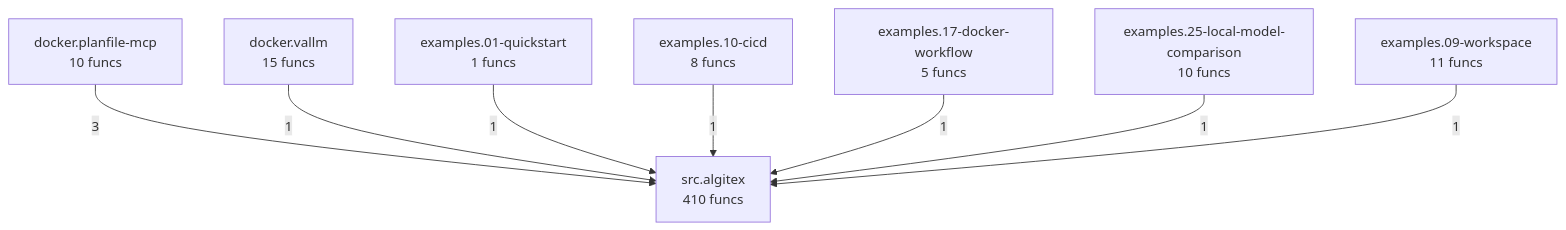
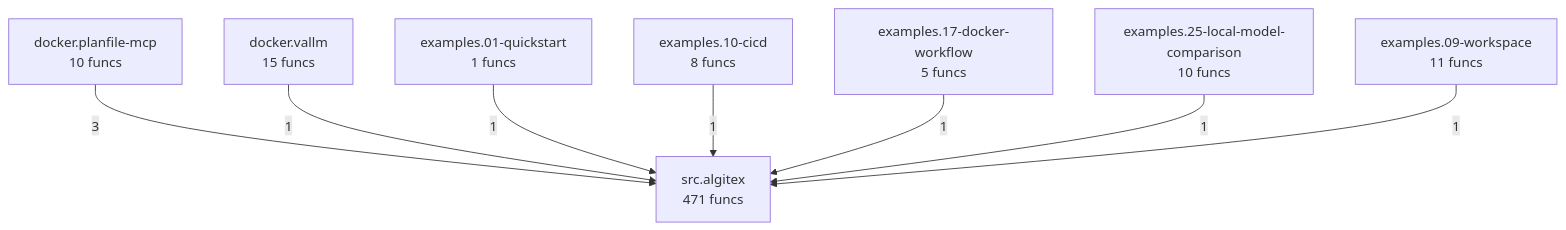
Before and after one commit to semcod/algitex: the diagram in project/compact_flow.mmd, drawn with Mermaid. The commit also changed 56 other files, not shown here.

```diff
--- a/project/compact_flow.mmd
+++ b/project/compact_flow.mmd
@@ -1,16 +1,16 @@
 flowchart TD
     docker__planfile_mcp["docker.planfile-mcp<br/>10 funcs"]
     docker__vallm["docker.vallm<br/>15 funcs"]
     examples__01_quickstart["examples.01-quickstart<br/>1 funcs"]
     examples__09_workspace["examples.09-workspace<br/>11 funcs"]
     examples__10_cicd["examples.10-cicd<br/>8 funcs"]
     examples__17_docker_workflow["examples.17-docker-workflow<br/>5 funcs"]
     examples__25_local_model_comparison["examples.25-local-model-comparison<br/>10 funcs"]
-    src__algitex["src.algitex<br/>410 funcs"]
+    src__algitex["src.algitex<br/>471 funcs"]
     docker__planfile_mcp -->|3| src__algitex
     docker__vallm -->|1| src__algitex
     examples__01_quickstart -->|1| src__algitex
     examples__10_cicd -->|1| src__algitex
     examples__17_docker_workflow -->|1| src__algitex
     examples__25_local_model_comparison -->|1| src__algitex
     examples__09_workspace -->|1| src__algitex
```
